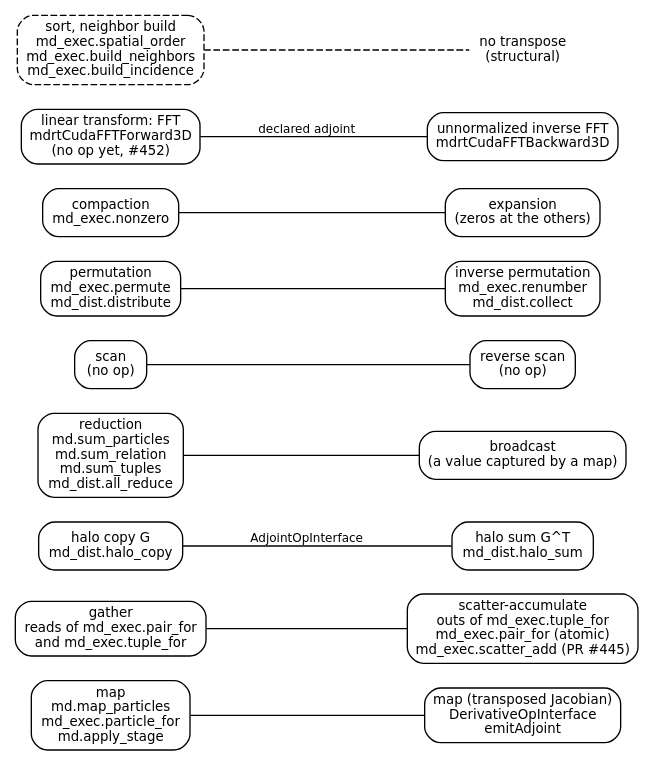
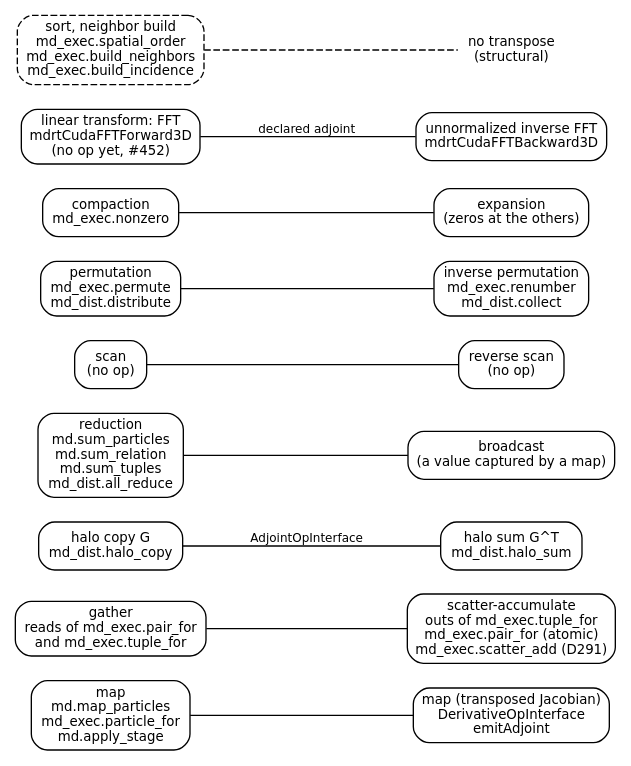
The diagram in docs/figures/primitives/transpose-pairs.dot (vv137/mdir), drawn with Graphviz before and after one commit. The commit also changed 3 other files, not shown here.

```diff
--- a/docs/figures/primitives/transpose-pairs.dot
+++ b/docs/figures/primitives/transpose-pairs.dot
@@ -1,45 +1,45 @@
 // The primitives of docs/primitives-map.md and their transposes
 // (D[primitives-map]). Each edge joins a primitive to its transpose; the
 // lines below a name are the ops and functions of the code that take that
 // form today. Regenerate the SVG with scripts/render/primitives-figures.sh.
 graph transpose_pairs {
   graph [rankdir=LR, fontname="DejaVu Sans", fontsize=11, nodesep=0.25, ranksep=0.9];
   node  [shape=box, style="rounded", fontname="DejaVu Sans", fontsize=10];
   edge  [fontname="DejaVu Sans", fontsize=9];
 
   map_forward [label="map\nmd.map_particles\nmd_exec.particle_for\nmd.apply_stage"];
   map_reverse [label="map (transposed Jacobian)\nDerivativeOpInterface\nemitAdjoint"];
   map_forward -- map_reverse;
 
   gather  [label="gather\nreads of md_exec.pair_for\nand md_exec.tuple_for"];
-  scatter [label="scatter-accumulate\nouts of md_exec.tuple_for\nmd_exec.pair_for (atomic)\nmd_exec.scatter_add (PR #445)"];
+  scatter [label="scatter-accumulate\nouts of md_exec.tuple_for\nmd_exec.pair_for (atomic)\nmd_exec.scatter_add (D291)"];
   gather -- scatter;
 
   halo_copy [label="halo copy G\nmd_dist.halo_copy"];
   halo_sum  [label="halo sum G^T\nmd_dist.halo_sum"];
   halo_copy -- halo_sum [label="AdjointOpInterface"];
 
   reduction [label="reduction\nmd.sum_particles\nmd.sum_relation\nmd.sum_tuples\nmd_dist.all_reduce"];
   broadcast [label="broadcast\n(a value captured by a map)"];
   reduction -- broadcast;
 
   scan  [label="scan\n(no op)"];
   rscan [label="reverse scan\n(no op)"];
   scan -- rscan;
 
   permute [label="permutation\nmd_exec.permute\nmd_dist.distribute"];
   inverse [label="inverse permutation\nmd_exec.renumber\nmd_dist.collect"];
   permute -- inverse;
 
   compact [label="compaction\nmd_exec.nonzero"];
   expand  [label="expansion\n(zeros at the others)"];
   compact -- expand;
 
   fft_forward  [label="linear transform: FFT\nmdrtCudaFFTForward3D\n(no op yet, #452)"];
   fft_backward [label="unnormalized inverse FFT\nmdrtCudaFFTBackward3D"];
   fft_forward -- fft_backward [label="declared adjoint"];
 
   structural [label="sort, neighbor build\nmd_exec.spatial_order\nmd_exec.build_neighbors\nmd_exec.build_incidence", style="rounded,dashed"];
   none [label="no transpose\n(structural)", shape=plaintext];
   structural -- none [style=dashed];
 }
```
